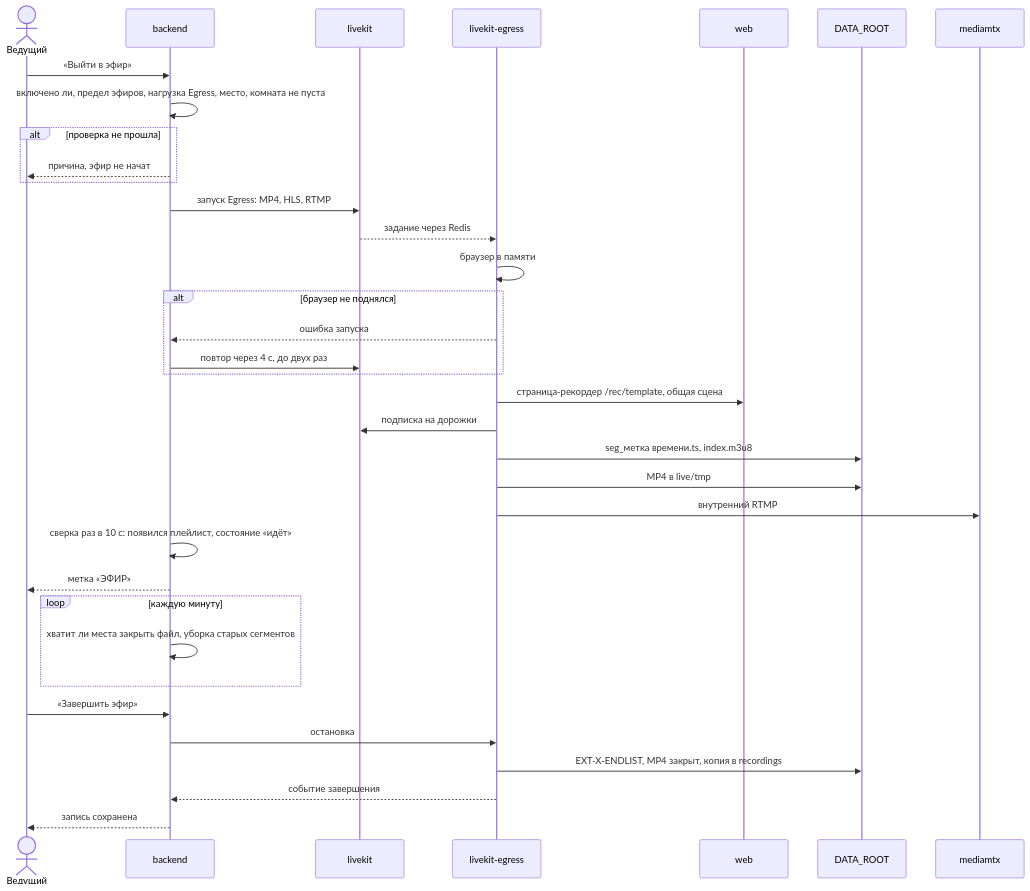
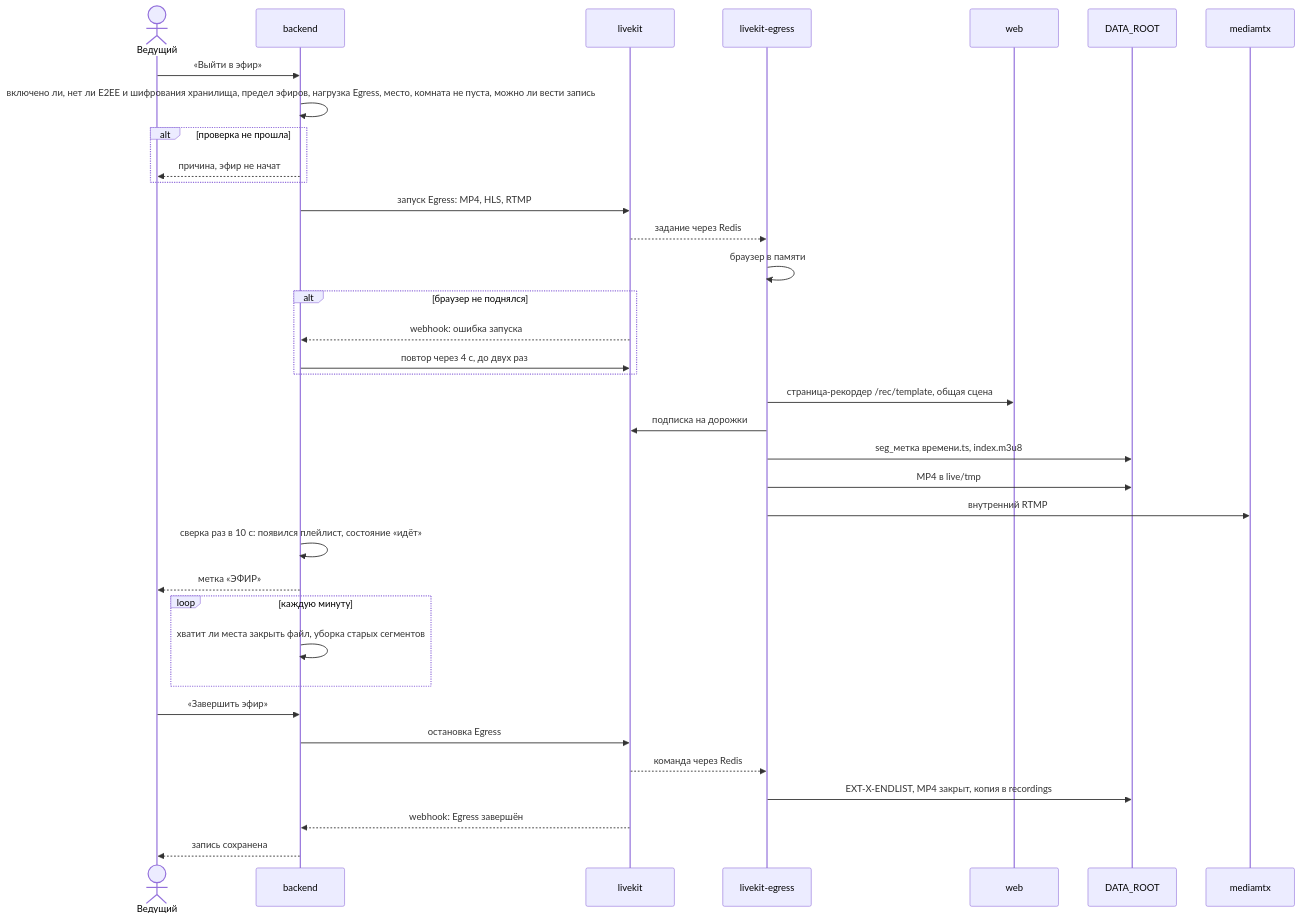
One commit to calleograph/peregovorka changed the second of 7 diagrams in wiki/Архитектура-Последовательности-трансляций.md. Above: the diagram before and after it, drawn with Mermaid. The commit also changed other lines of this file and 73 other files, not shown here.

````diff
--- a/wiki/Архитектура-Последовательности-трансляций.md
+++ b/wiki/Архитектура-Последовательности-трансляций.md
@@ -37,37 +37,38 @@
 ```mermaid
 sequenceDiagram
   actor H as Ведущий
   participant B as backend
   participant LK as livekit
   participant E as livekit-egress
   participant W as web
   participant F as DATA_ROOT
   participant M as mediamtx
   H->>B: «Выйти в эфир»
-  B->>B: включено ли, предел эфиров, нагрузка Egress, место, комната не пуста
+  B->>B: включено ли, нет ли E2EE и шифрования хранилища, предел эфиров, нагрузка Egress, место, комната не пуста, можно ли вести запись
   alt проверка не прошла
     B-->>H: причина, эфир не начат
   end
   B->>LK: запуск Egress: MP4, HLS, RTMP
   LK-->>E: задание через Redis
   E->>E: браузер в памяти
   alt браузер не поднялся
-    E-->>B: ошибка запуска
+    LK-->>B: webhook: ошибка запуска
     B->>LK: повтор через 4 с, до двух раз
   end
   E->>W: страница-рекордер /rec/template, общая сцена
   E->>LK: подписка на дорожки
   E->>F: seg_метка времени.ts, index.m3u8
   E->>F: MP4 в live/tmp
   E->>M: внутренний RTMP
   B->>B: сверка раз в 10 с: появился плейлист, состояние «идёт»
   B-->>H: метка «ЭФИР»
   loop каждую минуту
     B->>B: хватит ли места закрыть файл, уборка старых сегментов
   end
   H->>B: «Завершить эфир»
-  B->>E: остановка
+  B->>LK: остановка Egress
+  LK-->>E: команда через Redis
   E->>F: EXT-X-ENDLIST, MP4 закрыт, копия в recordings
-  E-->>B: событие завершения
+  LK-->>B: webhook: Egress завершён
   B-->>H: запись сохранена
 ```
````
